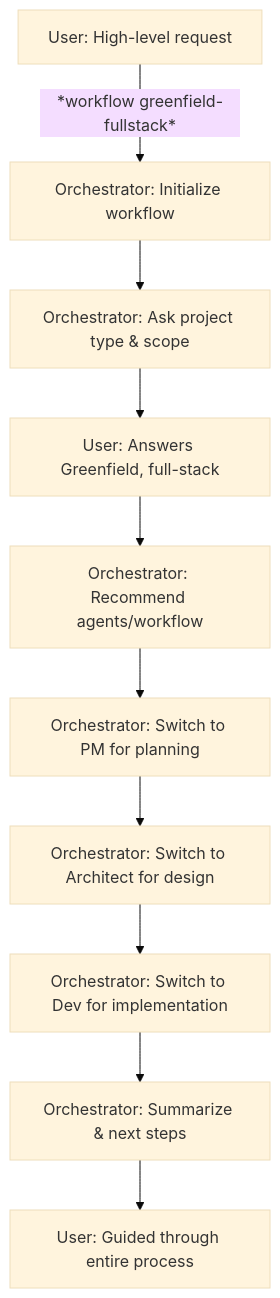
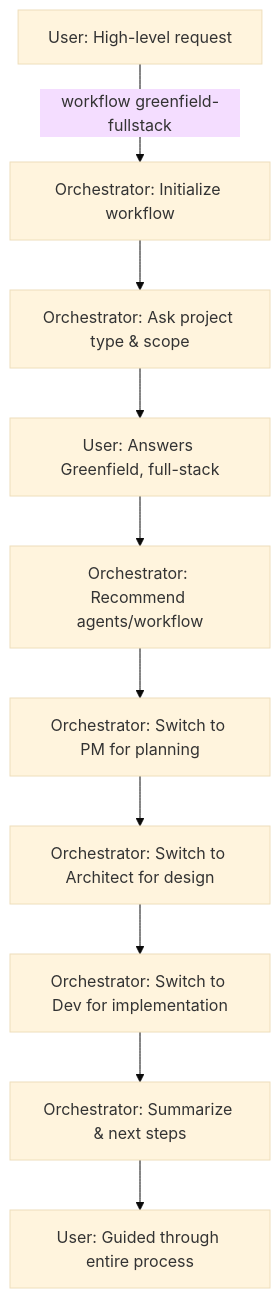
One commit to hitesh-goel/BMAD-METHOD changed diagram 12 of 15 in diagrams.md. Above: the diagram before and after it, drawn with Mermaid (base theme). The commit also changed other lines of this file, not shown here.

Commit message:
fix: update flowchart formatting in diagrams.md for improved readability

````diff
--- a/diagrams.md
+++ b/diagrams.md
@@ -213,12 +213,12 @@
 ```mermaid
 flowchart TD
-    U["User: High-level request"] -->|"*workflow greenfield-fullstack*"| O["Orchestrator: Initialize workflow"]
+    U["User: High-level request"] -->|"workflow greenfield-fullstack"| O["Orchestrator: Initialize workflow"]
     O --> O1["Orchestrator: Ask project type & scope"]
     O1 --> U2["User: Answers Greenfield, full-stack"]
     U2 --> O2["Orchestrator: Recommend agents/workflow"]
     O2 --> O3["Orchestrator: Switch to PM for planning"]
     O3 --> O4["Orchestrator: Switch to Architect for design"]
     O4 --> O5["Orchestrator: Switch to Dev for implementation"]
     O5 --> O6["Orchestrator: Summarize & next steps"]
     O6 --> U3["User: Guided through entire process"]
 ```
````
